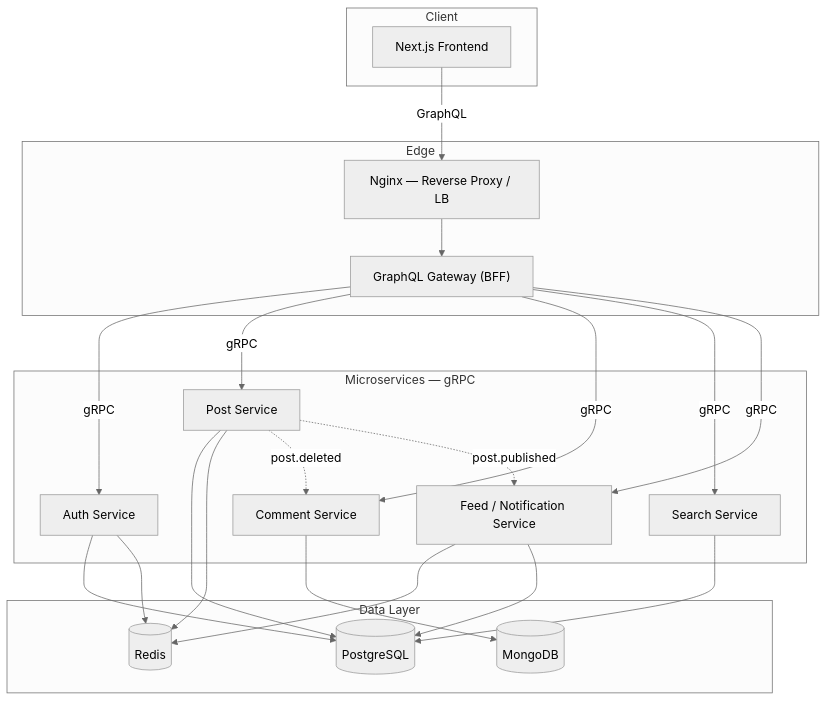
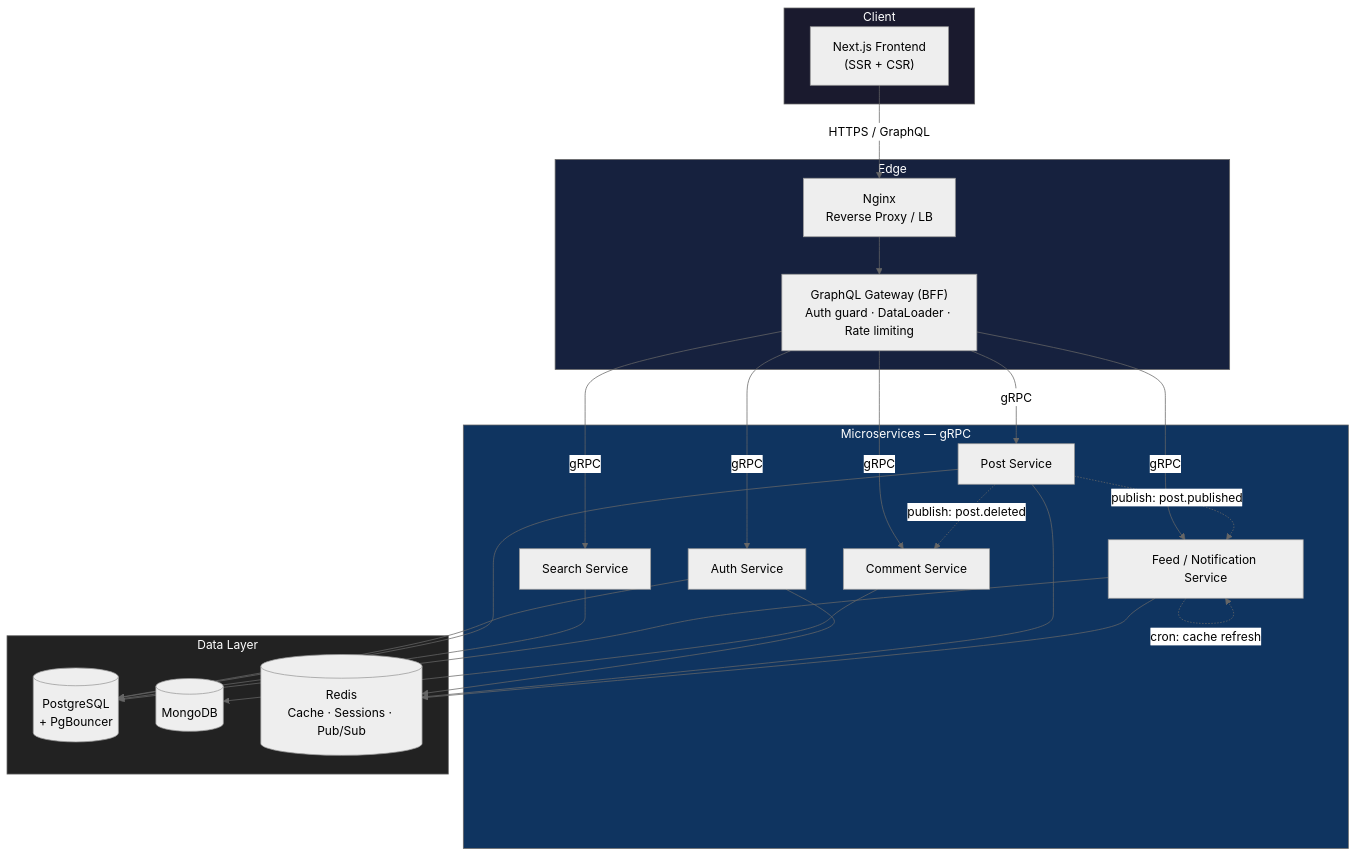
The first of 2 diagrams in README.md (cuoda/devblog), drawn with Mermaid (neutral theme) before and after one commit. The commit also changed other lines of this file, not shown here.

````diff
--- a/README.md
+++ b/README.md
@@ -48,45 +51,51 @@
 ```mermaid
 flowchart TB
-    subgraph Client
-        FE["Next.js Frontend"]
+    subgraph Client_Layer["Client"]
+        FE["Next.js Frontend<br/>(SSR + CSR)"]
     end
 
-    subgraph Edge
-        NGINX["Nginx — Reverse Proxy / LB"]
-        GQL["GraphQL Gateway (BFF)"]
+    subgraph Edge_Layer["Edge"]
+        NGINX["Nginx<br/>Reverse Proxy / LB"]
+        GQL["GraphQL Gateway (BFF)<br/>Auth guard · DataLoader · Rate limiting"]
     end
 
-    subgraph Services["Microservices — gRPC"]
+    subgraph Service_Layer["Microservices — gRPC"]
         AUTH["Auth Service"]
         POST["Post Service"]
         COMMENT["Comment Service"]
         SEARCH["Search Service"]
         FEED["Feed / Notification Service"]
     end
 
-    subgraph Data["Data Layer"]
-        PG[("PostgreSQL")]
+    subgraph Data_Layer["Data Layer"]
+        PG[("PostgreSQL<br/>+ PgBouncer")]
         MONGO[("MongoDB")]
-        REDIS[("Redis")]
+        REDIS[("Redis<br/>Cache · Sessions · Pub/Sub")]
     end
 
-    FE -- GraphQL --> NGINX
+    FE -- "HTTPS / GraphQL" --> NGINX
     NGINX --> GQL
-    GQL -- gRPC --> AUTH
-    GQL -- gRPC --> POST
-    GQL -- gRPC --> COMMENT
-    GQL -- gRPC --> SEARCH
-    GQL -- gRPC --> FEED
+    GQL -- "gRPC" --> AUTH
+    GQL -- "gRPC" --> POST
+    GQL -- "gRPC" --> COMMENT
+    GQL -- "gRPC" --> SEARCH
+    GQL -- "gRPC" --> FEED
 
     AUTH --> PG
     AUTH --> REDIS
     POST --> PG
     POST --> REDIS
     COMMENT --> MONGO
     SEARCH --> PG
     FEED --> REDIS
     FEED --> PG
 
-    POST -. "post.deleted" .-> COMMENT
-    POST -. "post.published" .-> FEED
+    POST -. "publish: post.deleted" .-> COMMENT
+    POST -. "publish: post.published" .-> FEED
+    FEED -. "cron: cache refresh" .-> FEED
+
+    style Client_Layer fill:#1a1a2e,color:#fff,stroke:#666
+    style Edge_Layer fill:#16213e,color:#fff,stroke:#666
+    style Service_Layer fill:#0f3460,color:#fff,stroke:#666
+    style Data_Layer fill:#222,color:#fff,stroke:#666
 ```
````
